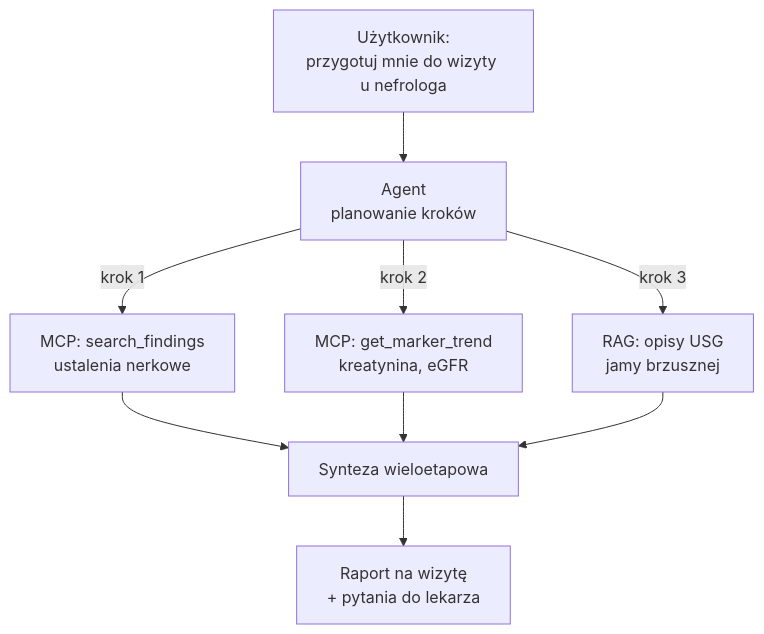
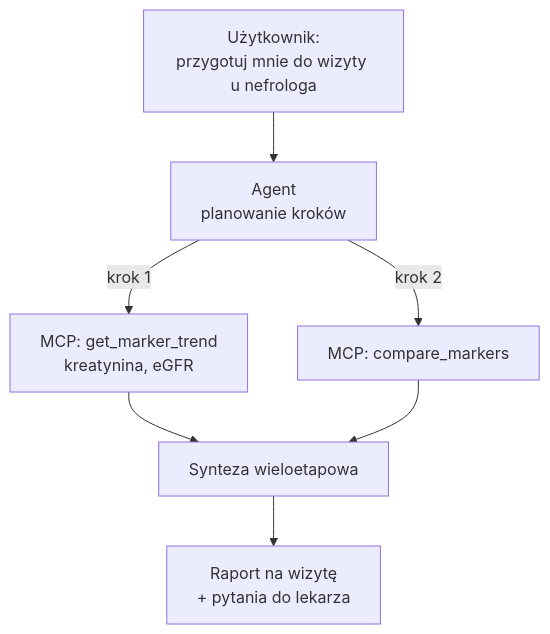
One commit to pmackowka/document-intelligence-platform changed the fourth of 4 diagrams in docs/roadmap.md. Above: the diagram before and after it, drawn with Mermaid. The commit also changed other lines of this file and 14 other files, not shown here.

````diff
--- a/docs/roadmap.md
+++ b/docs/roadmap.md
@@ -101,9 +73,8 @@
 ```mermaid
 flowchart TD
     U["Użytkownik:<br>przygotuj mnie do wizyty u nefrologa"] --> A["Agent<br>planowanie kroków"]
-    A -->|krok 1| T1["MCP: search_findings<br>ustalenia nerkowe"]
-    A -->|krok 2| T2["MCP: get_marker_trend<br>kreatynina, eGFR"]
-    A -->|krok 3| T3["RAG: opisy USG<br>jamy brzusznej"]
-    T1 & T2 & T3 --> S[Synteza wieloetapowa]
+    A -->|krok 1| T1["MCP: get_marker_trend<br>kreatynina, eGFR"]
+    A -->|krok 2| T2["MCP: compare_markers"]
+    T1 & T2 --> S[Synteza wieloetapowa]
     S --> O["Raport na wizytę<br>+ pytania do lekarza"]
 ```
````
